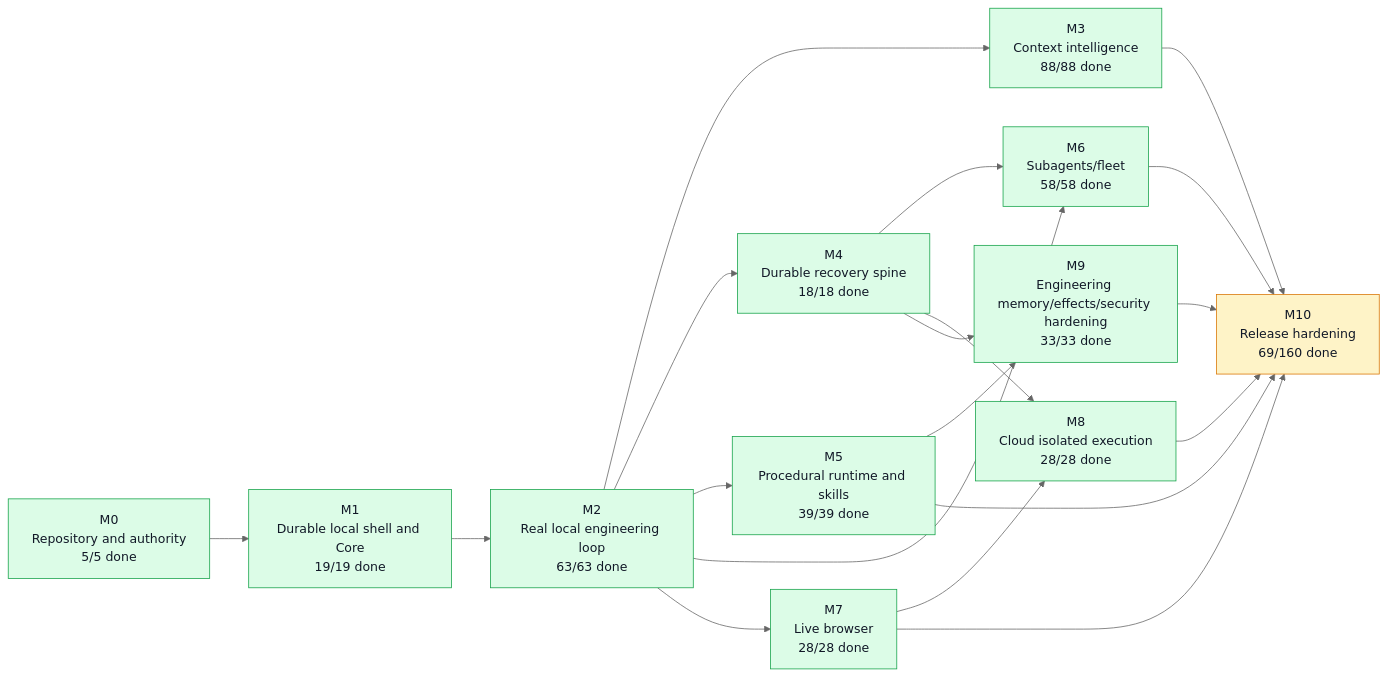
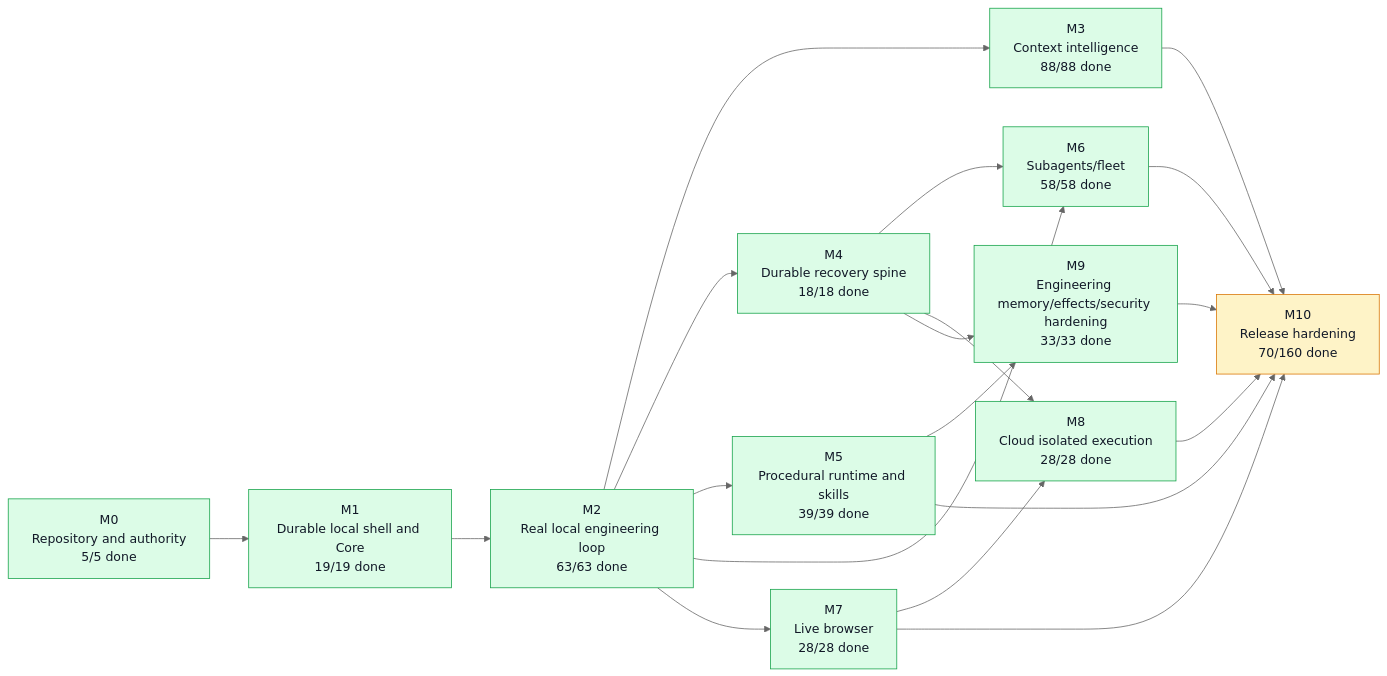
One commit to moss101/modbit changed the first of 5 diagrams in graph/PROJECT_GRAPH.md. Above: the diagram before and after it, drawn with Mermaid (neutral theme). The commit also changed other lines of this file and 6 other files, not shown here.

````diff
--- a/graph/PROJECT_GRAPH.md
+++ b/graph/PROJECT_GRAPH.md
@@ -57,43 +57,43 @@
 ```mermaid
 flowchart LR
   M0["M0<br/>Repository and authority<br/>5/5 done"]
   M1["M1<br/>Durable local shell and Core<br/>19/19 done"]
   M2["M2<br/>Real local engineering loop<br/>63/63 done"]
   M3["M3<br/>Context intelligence<br/>88/88 done"]
   M4["M4<br/>Durable recovery spine<br/>18/18 done"]
   M5["M5<br/>Procedural runtime and skills<br/>39/39 done"]
   M6["M6<br/>Subagents/fleet<br/>58/58 done"]
   M7["M7<br/>Live browser<br/>28/28 done"]
   M8["M8<br/>Cloud isolated execution<br/>28/28 done"]
   M9["M9<br/>Engineering memory/effects/security hardening<br/>33/33 done"]
-  M10["M10<br/>Release hardening<br/>69/160 done"]
+  M10["M10<br/>Release hardening<br/>70/160 done"]
   M0 --> M1
   M1 --> M2
   M2 --> M3
   M2 --> M4
   M2 --> M5
   M2 --> M6
   M4 --> M6
   M2 --> M7
   M4 --> M8
   M7 --> M8
   M4 --> M9
   M5 --> M9
   M3 --> M10
   M5 --> M10
   M6 --> M10
   M7 --> M10
   M8 --> M10
   M9 --> M10
   style M0 fill:#dcfce7,stroke:#16a34a,color:#111827
   style M1 fill:#dcfce7,stroke:#16a34a,color:#111827
   style M2 fill:#dcfce7,stroke:#16a34a,color:#111827
   style M3 fill:#dcfce7,stroke:#16a34a,color:#111827
   style M4 fill:#dcfce7,stroke:#16a34a,color:#111827
   style M5 fill:#dcfce7,stroke:#16a34a,color:#111827
   style M6 fill:#dcfce7,stroke:#16a34a,color:#111827
   style M7 fill:#dcfce7,stroke:#16a34a,color:#111827
   style M8 fill:#dcfce7,stroke:#16a34a,color:#111827
   style M9 fill:#dcfce7,stroke:#16a34a,color:#111827
   style M10 fill:#fef3c7,stroke:#d97706,color:#111827
 ```
````
